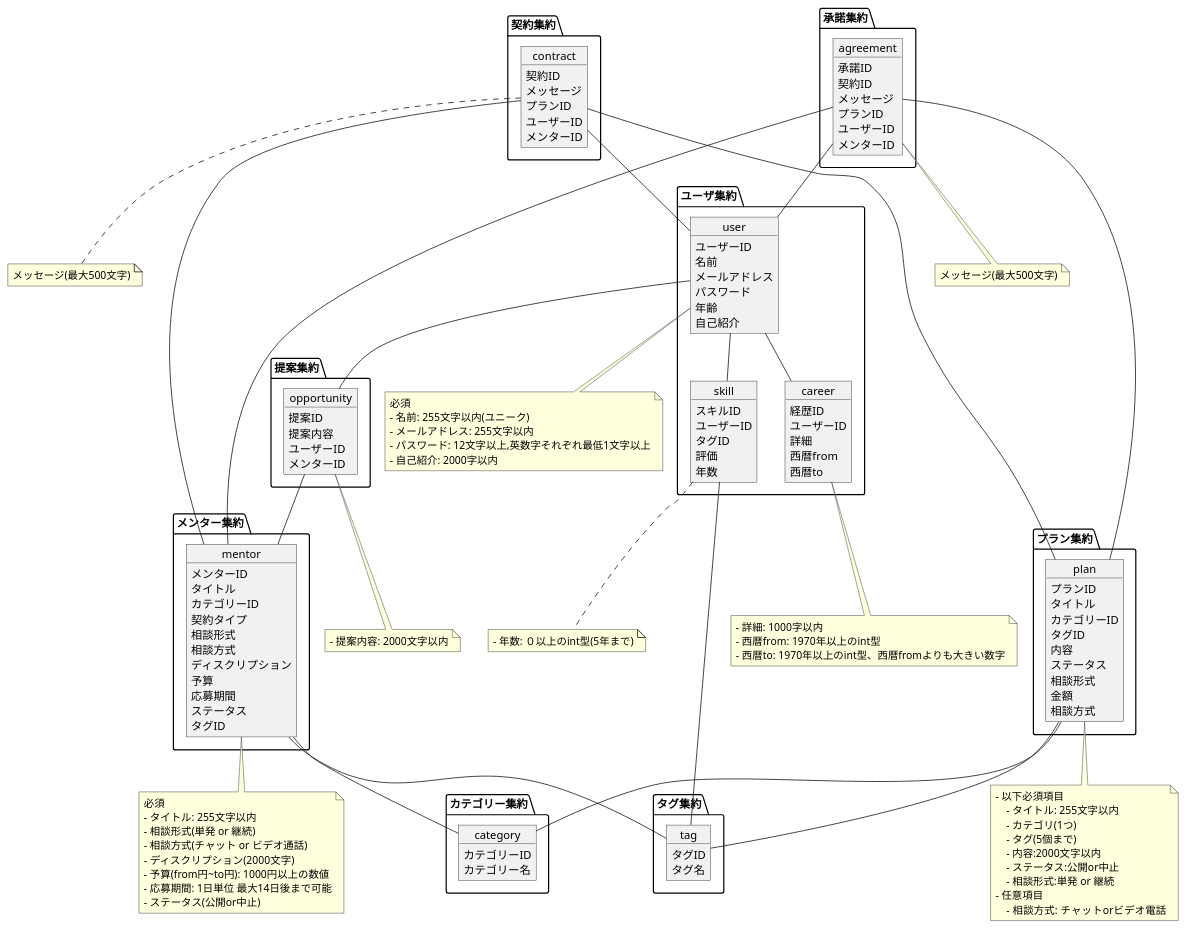
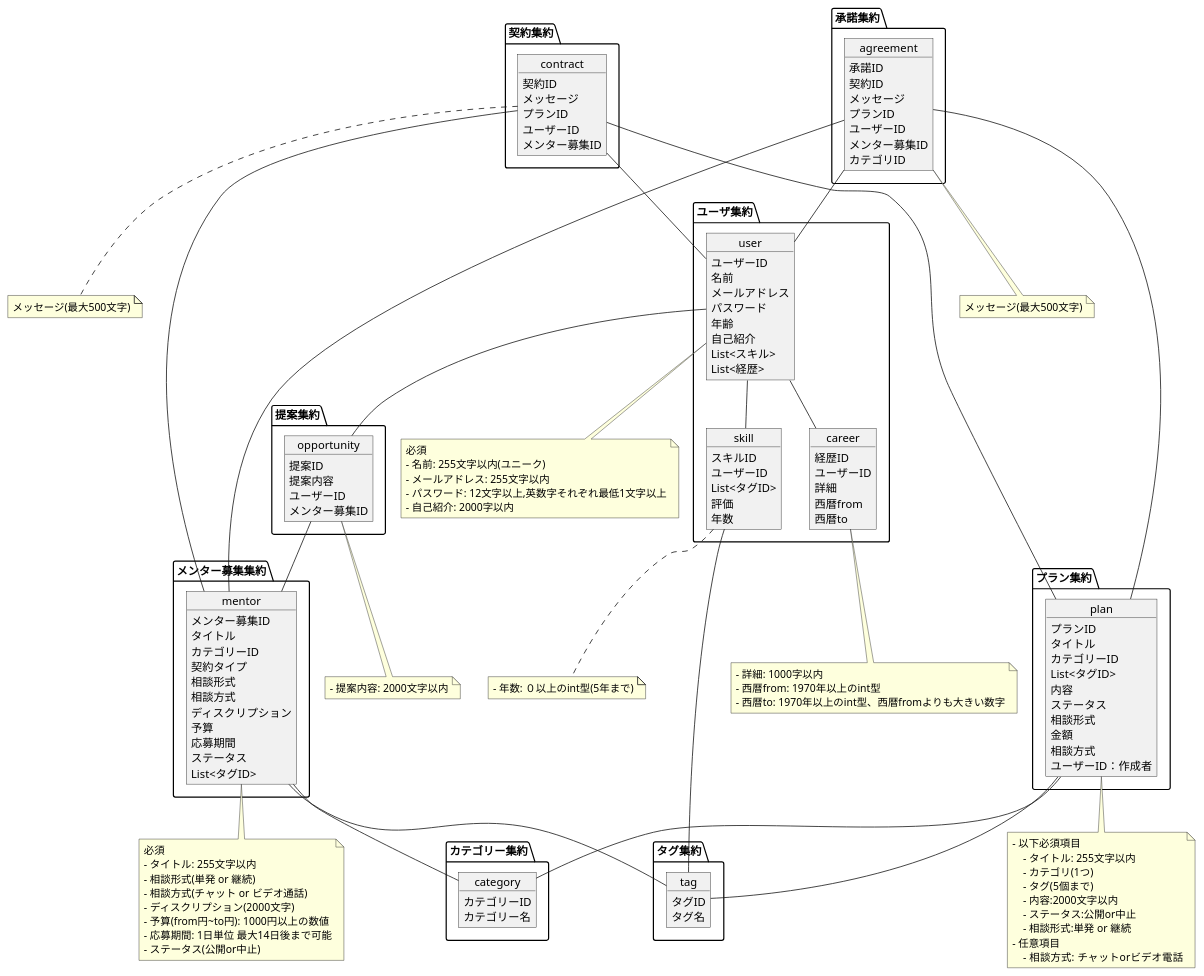
Before and after one commit to tanaharuto167/ddd_learning: the diagram in UseCase.pu, drawn with PlantUML.

Commit message:
レビュー指摘事項を修正

```diff
--- a/UseCase.pu
+++ b/UseCase.pu
@@ -1,170 +1,174 @@
 @startuml
 package ユーザ集約 {
 object user{
     ユーザーID
     名前
     メールアドレス
     パスワード
     年齢
     自己紹介
+    List<スキル>
+    List<経歴>
 }
 object skill{
     スキルID
     ユーザーID
-    タグID
+    List<タグID>
     評価
     年数
 }
 object career{
     経歴ID
     ユーザーID
     詳細
     西暦from
     西暦to
 }
 }
-package メンター集約{
+package メンター募集集約{
 object mentor{
-    メンターID
+    メンター募集ID
     タイトル
     カテゴリーID
     契約タイプ
     相談形式
     相談方式
     ディスクリプション
     予算
     応募期間
     ステータス
-    タグID
+    List<タグID>
 }
 }
 package 提案集約{
 object opportunity{
     提案ID
     提案内容
     ユーザーID
-    メンターID
+    メンター募集ID
 }
 }
 package タグ集約{
 object tag{
     タグID
     タグ名
 }
 }
 package 契約集約{
 object contract{
     契約ID
     メッセージ
     プランID
     ユーザーID
-    メンターID
+    メンター募集ID
 }
 }
 package 承諾集約{
 object agreement{
     承諾ID
     契約ID
     メッセージ
     プランID
     ユーザーID
-    メンターID
+    メンター募集ID
+    カテゴリID
 }
 }
 package プラン集約{
 object plan{
     プランID
     タイトル
     カテゴリーID
-    タグID
+    List<タグID>
     内容
     ステータス
     相談形式
     金額
     相談方式
+    ユーザーID：作成者
 }
 }
 package カテゴリー集約{
 object category{
     カテゴリーID
     カテゴリー名
 }
 }
 
 /'
   Note
 '/
 note bottom of user
 必須
 - 名前: 255文字以内(ユニーク)
 - メールアドレス: 255文字以内
 - パスワード: 12文字以上,英数字それぞれ最低1文字以上
 - 自己紹介: 2000字以内
 end note
 
 note bottom of skill
 - 年数: ０以上のint型(5年まで)
 end note
 
 note bottom of career
 - 詳細: 1000字以内
 - 西暦from: 1970年以上のint型
 - 西暦to: 1970年以上のint型、西暦fromよりも大きい数字
 end note
 
 
 note bottom of mentor
 必須
 - タイトル: 255文字以内
 - 相談形式(単発 or 継続)
 - 相談方式(チャット or ビデオ通話)
 - ディスクリプション(2000文字)
 - 予算(from円~to円): 1000円以上の数値
 - 応募期間: 1日単位 最大14日後まで可能
 - ステータス(公開or中止)
 end note
 
 note bottom of opportunity
 - 提案内容: 2000文字以内
 end note
 
 note bottom of plan
 - 以下必須項目
     - タイトル: 255文字以内
     - カテゴリ(1つ)
     - タグ(5個まで)
     - 内容:2000文字以内
     - ステータス:公開or中止
     - 相談形式:単発 or 継続
 - 任意項目
     - 相談方式:  チャットorビデオ電話
 end note
 
 note bottom of contract
 メッセージ(最大500文字)
 end note
 
 note bottom of agreement
 メッセージ(最大500文字)
 end note
 
 /'
   Releate
 '/
 user -- skill
 user -- career 
 user -- opportunity
 opportunity -- mentor
 plan -- tag
 skill -- tag
 mentor -- tag
 contract -- plan
 contract -- user
 contract -- mentor
 agreement -- user
 agreement -- plan
 agreement -- mentor
 plan -- category
 mentor -- category
 
 @enduml
```
